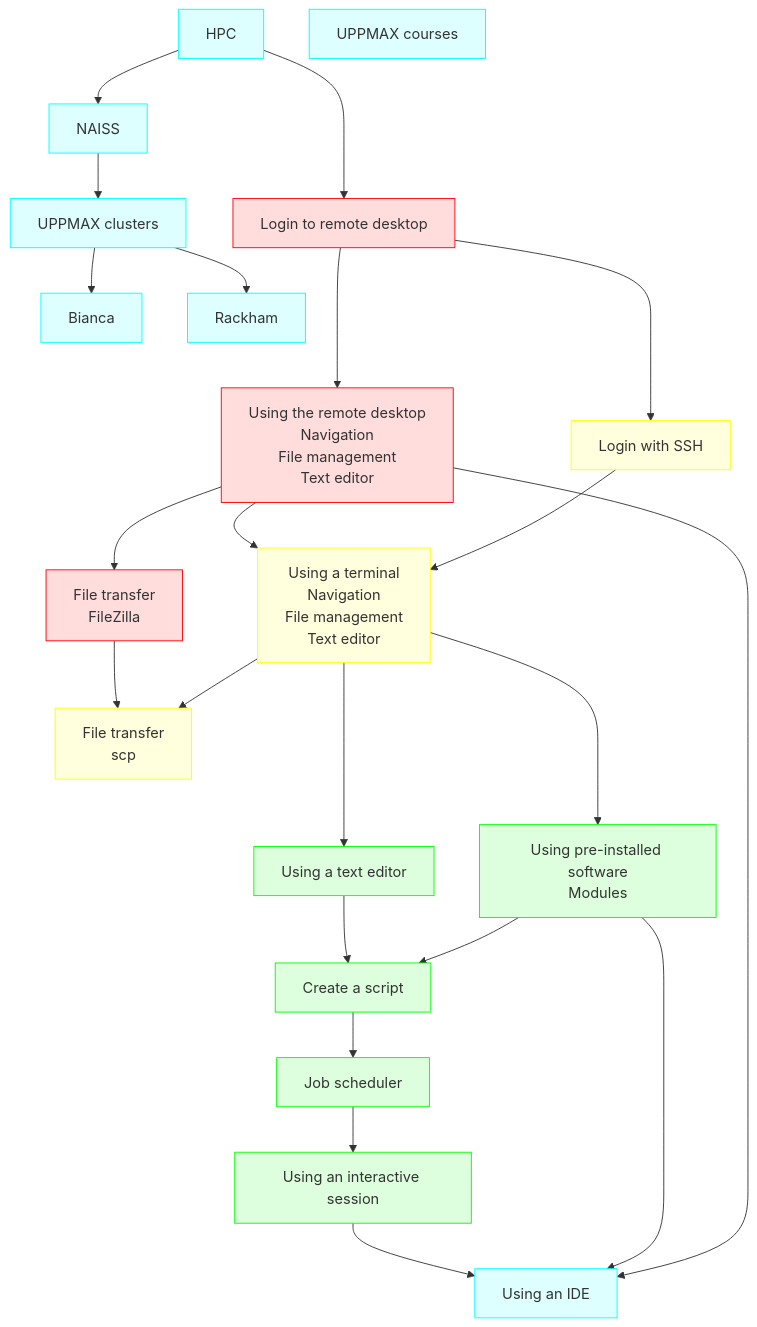
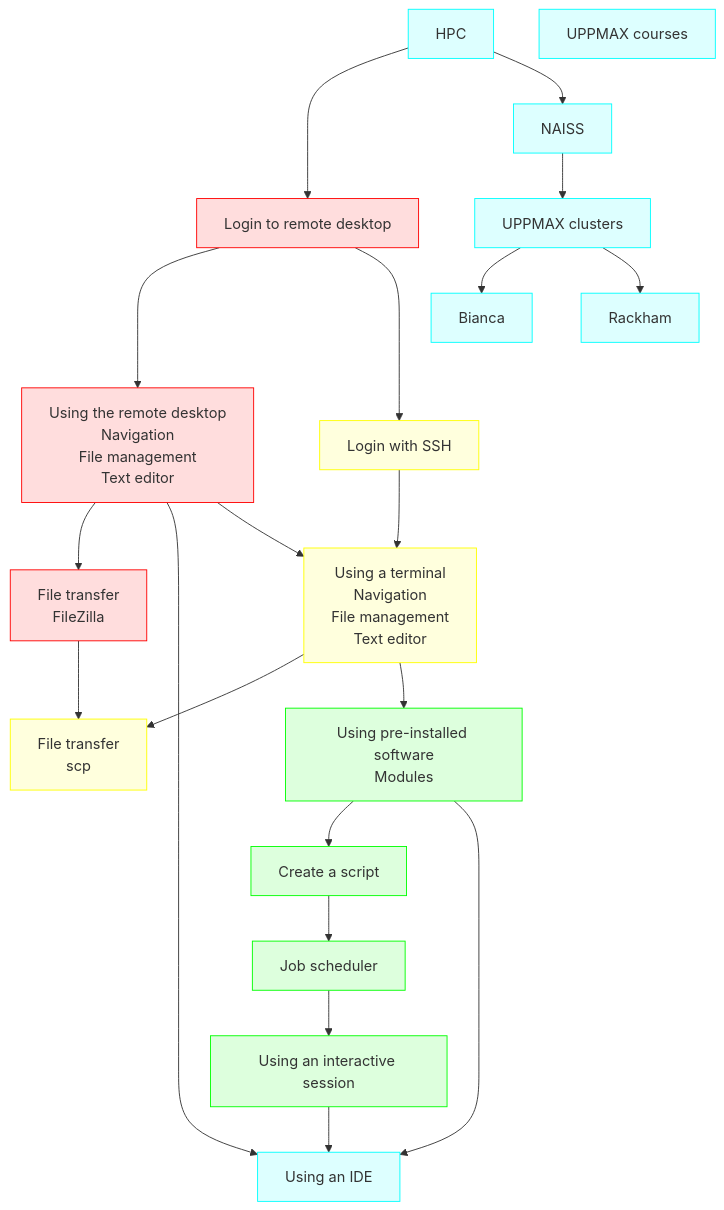
One commit to UPPMAX/uppmax_intro_day_1 changed the first of 3 diagrams in docs/overviews/uppmax_intro_day_1.md. Above: the diagram before and after it, drawn with Mermaid. The commit also changed other lines of this file and 2 other files, not shown here.

Commit message:
Text editor is part of other session

````diff
--- a/docs/overviews/uppmax_intro_day_1.md
+++ b/docs/overviews/uppmax_intro_day_1.md
@@ -3,68 +3,65 @@
 ```mermaid
 flowchart TD
 
   classDef basic_gui fill:#fdd, stroke:#f00
   classDef basic_terminal fill:#ffd, stroke:#ff0
   classDef real_work fill:#dfd, stroke:#0f0
   classDef go_deeper fill:#dff, stroke:#0ff
 
   %% subgraph world[The world]
     hpc[HPC]:::go_deeper
     naiss[NAISS]:::go_deeper
   %% subgraph uppmax[UPPMAX]
       uppmax_clusters[UPPMAX clusters]:::go_deeper
       bianca[Bianca]:::go_deeper
       rackham[Rackham]:::go_deeper
       uppmax_courses[UPPMAX courses]:::go_deeper
     %% end
   %% end
   %% subgraph remote_desktop[Remote desktop environment]
     login_remote_desktop[Login to remote desktop]:::basic_gui
     use_remote_desktop[Using the remote desktop\nNavigation\nFile management\nText editor]:::basic_gui
     file_transfer_filezilla[File transfer\nFileZilla]:::basic_gui
     use_ide[Using an IDE]:::go_deeper
   %% end
   %% subgraph console[Console environment]
     login_ssh[Login with SSH]:::basic_terminal
     use_terminal[Using a terminal\nNavigation\nFile management\nText editor]:::basic_terminal
     file_transfer_scp[File transfer\nscp]:::basic_terminal
     scripts[Create a script]:::real_work
     modules[Using pre-installed software\nModules]:::real_work
     interactive[Using an interactive session]:::real_work
     job_scheduler[Job scheduler]:::real_work
-    text_editor[Using a text editor]:::real_work
   %% end
 
   hpc ---> login_remote_desktop
 
   %% UPPMAX
   hpc --> naiss
   naiss --> uppmax_clusters
   uppmax_clusters --> bianca
   uppmax_clusters --> rackham
 
   %% GUI
   login_remote_desktop ---> use_remote_desktop
   use_remote_desktop --> file_transfer_filezilla
   use_remote_desktop --> use_ide
 
   %% Console
   login_ssh --> use_terminal
   use_terminal --> file_transfer_scp
   use_terminal --> modules
   scripts --> job_scheduler
   modules --> scripts
-  use_terminal ---> text_editor
   job_scheduler --> interactive
-  text_editor --> scripts
 
   %% console -> GUI
   modules --> use_ide
   
 
   %% GUI -> console
   login_remote_desktop --> login_ssh
   use_remote_desktop --> use_terminal
   file_transfer_filezilla --> file_transfer_scp  
   interactive --> use_ide
 ```
````
